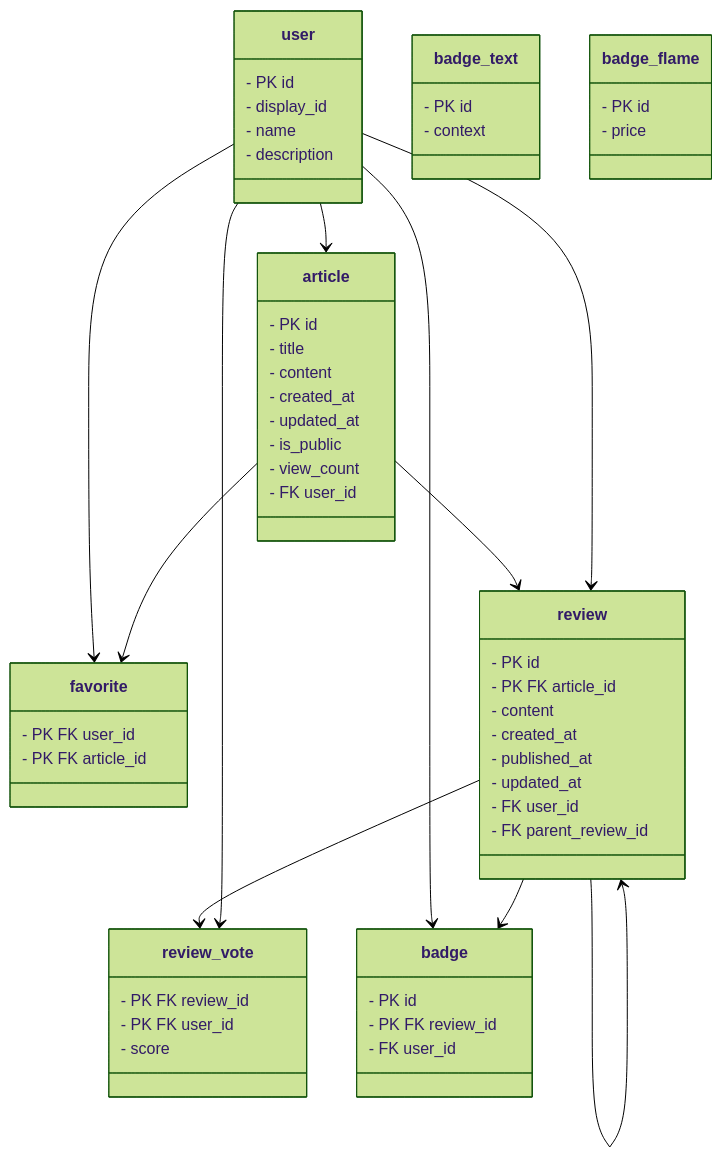
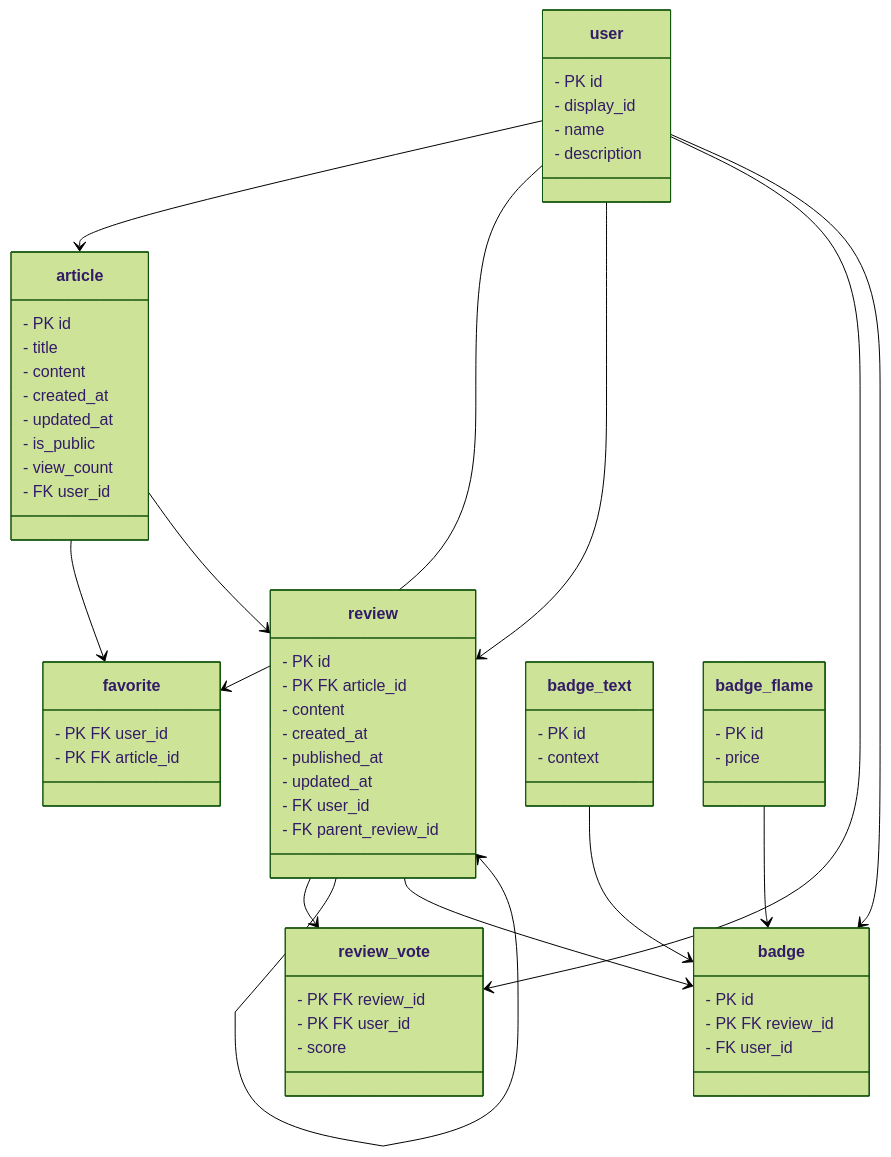
One commit to Potato-Gratin/TechPad changed the diagram in db/ER図.md. Above: the diagram before and after it, drawn with Mermaid (forest theme).

Commit message:
ER図 バッジに→

````diff
--- a/db/ER図.md
+++ b/db/ER図.md
@@ -1,69 +1,72 @@
 ```mermaid
 classDiagram
   user --> article
   user --> favorite
   article --> favorite
   article --> review
   user --> review
   review --> review_vote
   user --> review_vote
   review --> review
   user --> badge
   review --> badge
+  badge_text --> badge
+  badge_flame --> badge
+
 
   class user{
     - PK id
     - display_id
     - name
     - description
   }
 
   class article{
   - PK id
   - title
   - content
   - created_at
   - updated_at
   - is_public
   - view_count
   - FK user_id
   }
 
   class favorite{
   - PK FK user_id
   - PK FK article_id
   }
 
   class review{
   - PK id
   - PK FK article_id
   - content
   - created_at
   - published_at
   - updated_at
   - FK user_id
   - FK parent_review_id
   }
 
   class review_vote{
   - PK FK review_id
   - PK FK user_id
   - score
   }
 
   class badge{
   - PK id
   - PK FK review_id
   - FK user_id 
   }
 
   class badge_text {
   - PK id
   - context
   }
 
   class badge_flame {
   - PK id
   - price
   }
 ```
````
